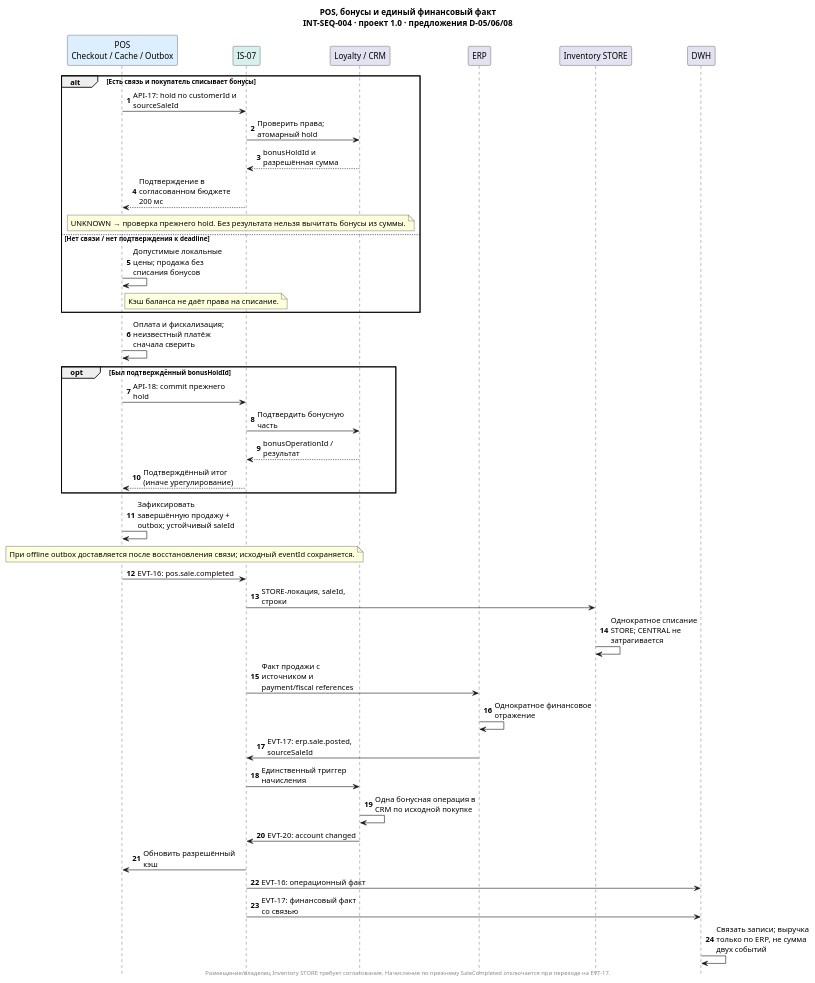
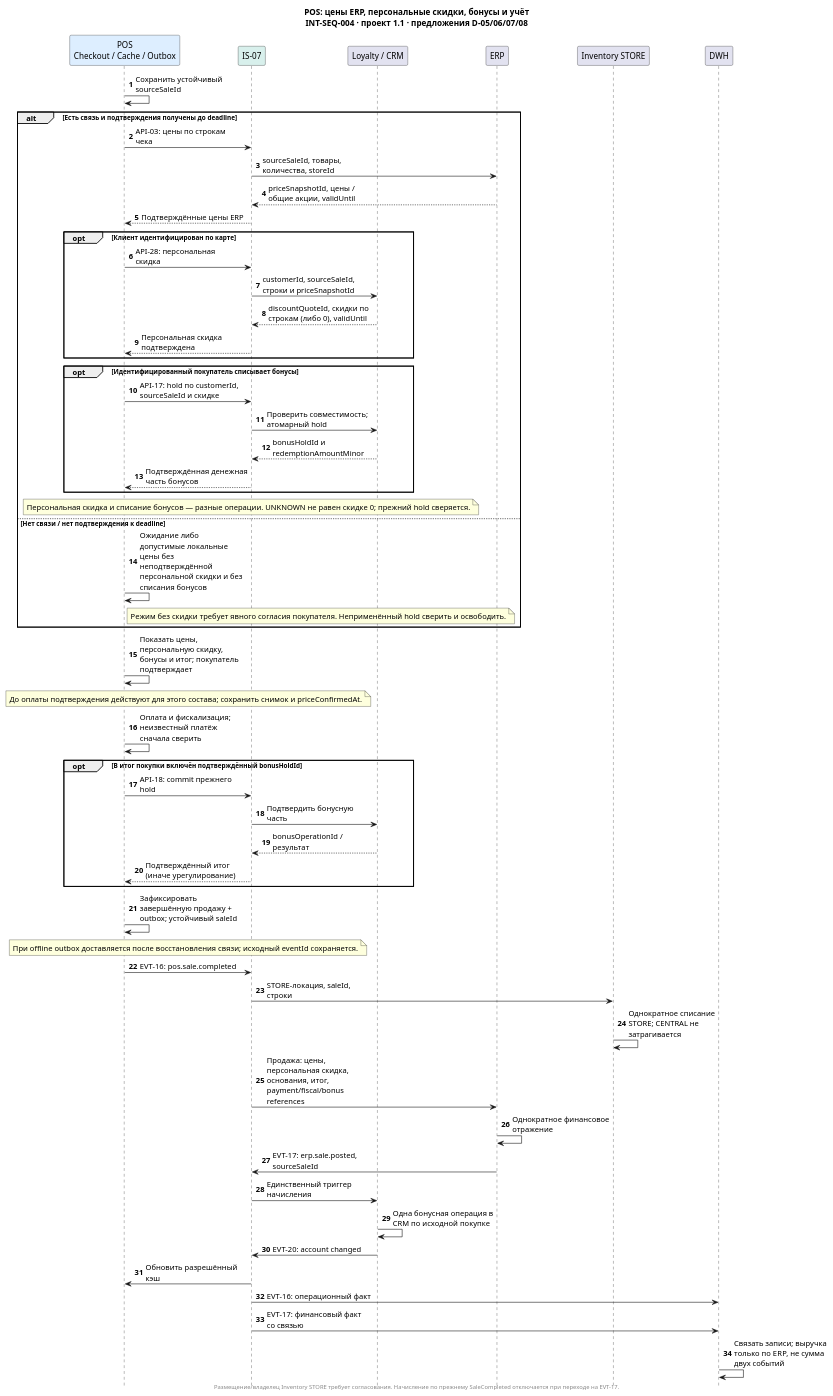
The diagram in 06_integration_architecture/diagrams/INT-SEQ-004-pos-loyalty.puml (rsingatulin/hse_architecture), drawn with PlantUML before and after one commit. The commit also changed 27 other files, not shown here.

Commit message:
Убрать отдельный Pricing и показать персональные скидки CRM

```diff
--- a/06_integration_architecture/diagrams/INT-SEQ-004-pos-loyalty.puml
+++ b/06_integration_architecture/diagrams/INT-SEQ-004-pos-loyalty.puml
@@ -1,48 +1,63 @@
 @startuml INT-SEQ-004-pos-loyalty
 skinparam backgroundColor white
 skinparam defaultFontName Arial
 skinparam shadowing false
 skinparam maxMessageSize 180
 hide footbox
 autonumber
-title POS, бонусы и единый финансовый факт\nINT-SEQ-004 · проект 1.0 · предложения D-05/06/08
+title POS: цены ERP, персональные скидки, бонусы и учёт\nINT-SEQ-004 · проект 1.1 · предложения D-05/06/07/08
 participant "POS\nCheckout / Cache / Outbox" as POS #DDEEFF
 participant "IS-07" as IP #D8F0EC
 participant "Loyalty / CRM" as Loyalty
 participant "ERP" as ERP
 participant "Inventory STORE" as Inv
 participant "DWH" as BI
-alt Есть связь и покупатель списывает бонусы
- POS -> IP: API-17: hold по customerId и sourceSaleId
- IP -> Loyalty: Проверить права; атомарный hold
- Loyalty --> IP: bonusHoldId и разрешённая сумма
- IP --> POS: Подтверждение в согласованном бюджете 200 мс
- note over POS,Loyalty: UNKNOWN → проверка прежнего hold. Без результата нельзя вычитать бонусы из суммы.
+POS -> POS: Сохранить устойчивый sourceSaleId
+alt Есть связь и подтверждения получены до deadline
+ POS -> IP: API-03: цены по строкам чека
+ IP -> ERP: sourceSaleId, товары, количества, storeId
+ ERP --> IP: priceSnapshotId, цены / общие акции, validUntil
+ IP --> POS: Подтверждённые цены ERP
+ opt Клиент идентифицирован по карте
+  POS -> IP: API-28: персональная скидка
+  IP -> Loyalty: customerId, sourceSaleId, строки и priceSnapshotId
+  Loyalty --> IP: discountQuoteId, скидки по строкам (либо 0), validUntil
+  IP --> POS: Персональная скидка подтверждена
+ end
+ opt Идентифицированный покупатель списывает бонусы
+  POS -> IP: API-17: hold по customerId, sourceSaleId и скидке
+  IP -> Loyalty: Проверить совместимость; атомарный hold
+  Loyalty --> IP: bonusHoldId и redemptionAmountMinor
+  IP --> POS: Подтверждённая денежная часть бонусов
+ end
+ note over POS,Loyalty: Персональная скидка и списание бонусов — разные операции. UNKNOWN не равен скидке 0; прежний hold сверяется.
 else Нет связи / нет подтверждения к deadline
- POS -> POS: Допустимые локальные цены; продажа без списания бонусов
- note right of POS: Кэш баланса не даёт права на списание.
+ POS -> POS: Ожидание либо допустимые локальные цены без неподтверждённой персональной скидки и без списания бонусов
+ note right of POS: Режим без скидки требует явного согласия покупателя. Неприменённый hold сверить и освободить.
 end
+POS -> POS: Показать цены, персональную скидку, бонусы и итог; покупатель подтверждает
+note over POS,IP: До оплаты подтверждения действуют для этого состава; сохранить снимок и priceConfirmedAt.
 POS -> POS: Оплата и фискализация; неизвестный платёж сначала сверить
-opt Был подтверждённый bonusHoldId
+opt В итог покупки включён подтверждённый bonusHoldId
  POS -> IP: API-18: commit прежнего hold
  IP -> Loyalty: Подтвердить бонусную часть
  Loyalty --> IP: bonusOperationId / результат
  IP --> POS: Подтверждённый итог (иначе урегулирование)
 end
 POS -> POS: Зафиксировать завершённую продажу + outbox; устойчивый saleId
 note over POS,IP: При offline outbox доставляется после восстановления связи; исходный eventId сохраняется.
 POS -> IP: EVT-16: pos.sale.completed
 IP -> Inv: STORE-локация, saleId, строки
 Inv -> Inv: Однократное списание STORE; CENTRAL не затрагивается
-IP -> ERP: Факт продажи с источником и payment/fiscal references
+IP -> ERP: Продажа: цены, персональная скидка, основания, итог, payment/fiscal/bonus references
 ERP -> ERP: Однократное финансовое отражение
 ERP -> IP: EVT-17: erp.sale.posted, sourceSaleId
 IP -> Loyalty: Единственный триггер начисления
 Loyalty -> Loyalty: Одна бонусная операция в CRM по исходной покупке
 Loyalty -> IP: EVT-20: account changed
 IP -> POS: Обновить разрешённый кэш
 IP -> BI: EVT-16: операционный факт
 IP -> BI: EVT-17: финансовый факт со связью
 BI -> BI: Связать записи; выручка только по ERP, не сумма двух событий
 footer Размещение/владелец Inventory STORE требует согласования. Начисление по прежнему SaleCompleted отключается при переходе на EVT-17.
 @enduml
```
